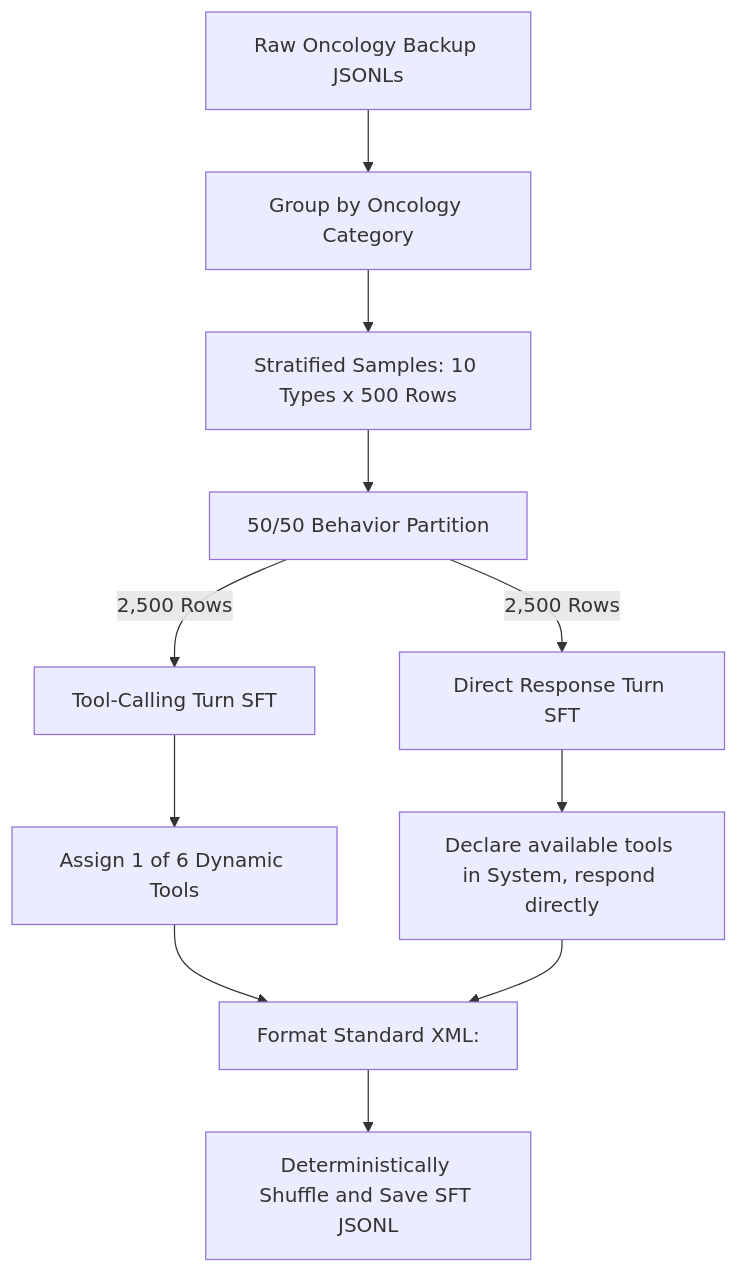
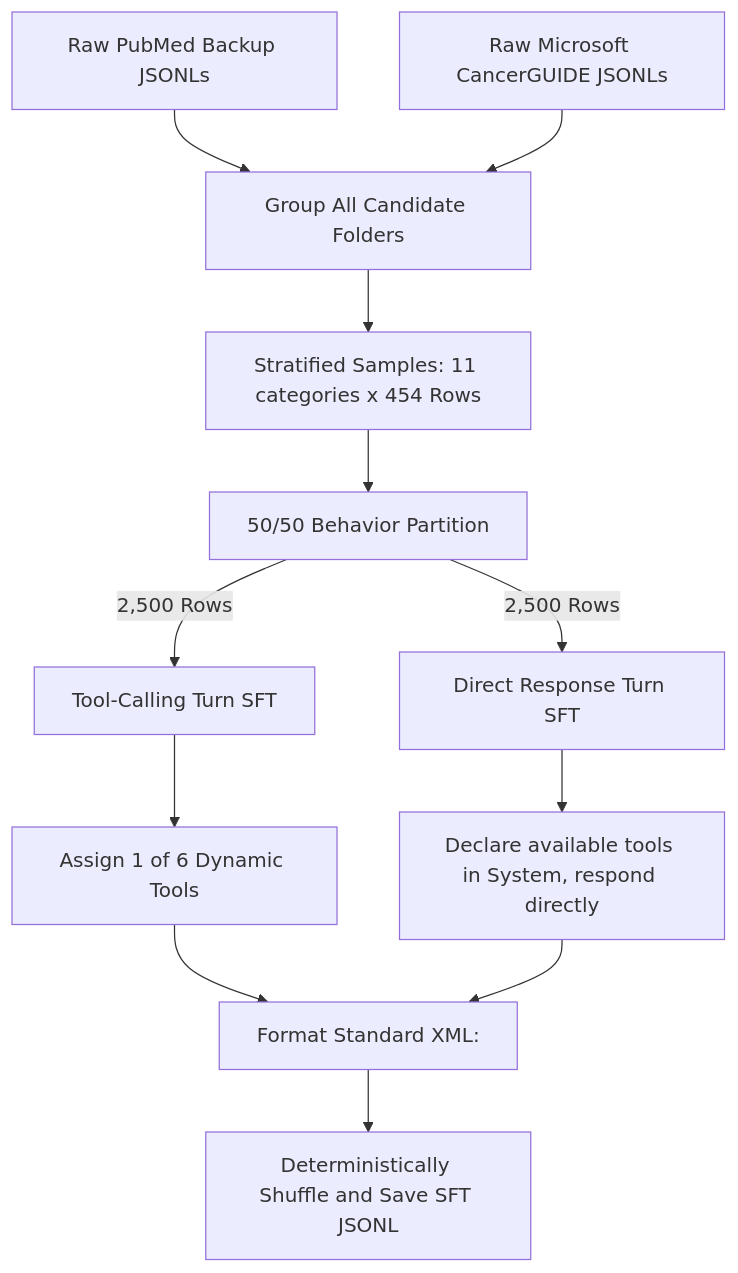
The first of 2 diagrams in docs/tool_calling_lessons_learned.md (beaudamore/pubmed), drawn with Mermaid before and after one commit. The commit also changed other lines of this file, not shown here.

````diff
--- a/docs/tool_calling_lessons_learned.md
+++ b/docs/tool_calling_lessons_learned.md
@@ -39,13 +43,14 @@
 ```mermaid
 graph TD
-    A[Raw Oncology Backup JSONLs] --> B[Group by Oncology Category]
-    B --> C[Stratified Samples: 10 Types x 500 Rows]
+    A1[Raw PubMed Backup JSONLs] --> B[Group All Candidate Folders]
+    A2[Raw Microsoft CancerGUIDE JSONLs] --> B
+    B --> C[Stratified Samples: 11 categories x 454 Rows]
     C --> D[50/50 Behavior Partition]
     D -->|2,500 Rows| E[Tool-Calling Turn SFT]
     D -->|2,500 Rows| F[Direct Response Turn SFT]
     E --> G[Assign 1 of 6 Dynamic Tools]
     F --> H[Declare available tools in System, respond directly]
     G --> I[Format Standard XML: <call name='...'>]
     H --> I
     I --> J[Deterministically Shuffle and Save SFT JSONL]
 ```
````
